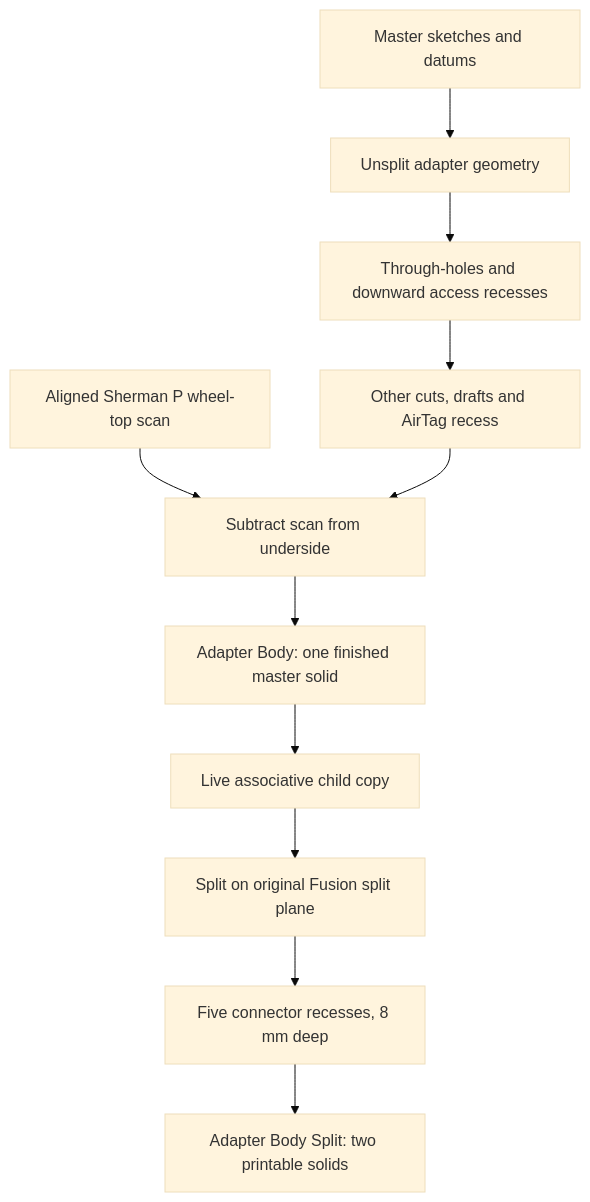
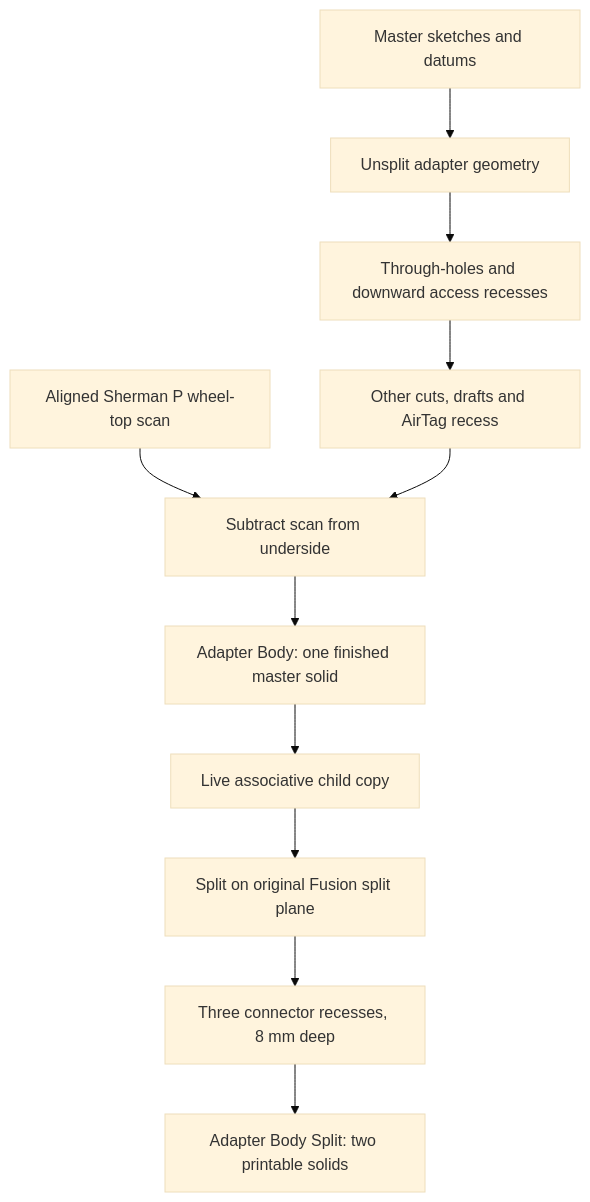
One commit to theosherman/SurronSeatAdapter changed the diagram in docs/CAD-REBUILD.md. Above: the diagram before and after it, drawn with Mermaid (base theme). The commit also changed other lines of this file and 8 other files, not shown here.

Commit message:
Keep three seam-aligned connector recesses

````diff
--- a/docs/CAD-REBUILD.md
+++ b/docs/CAD-REBUILD.md
@@ -15,13 +15,13 @@
 ```mermaid
 flowchart TD
   sketches[Master sketches and datums] --> master[Unsplit adapter geometry]
   master --> holes[Through-holes and downward access recesses]
   holes --> finished[Other cuts, drafts and AirTag recess]
   scan[Aligned Sherman P wheel-top scan] --> imprint[Subtract scan from underside]
   finished --> imprint
   imprint --> parent[Adapter Body: one finished master solid]
   parent --> derived[Live associative child copy]
   derived --> split[Split on original Fusion split plane]
-  split --> connectors[Five connector recesses, 8 mm deep]
+  split --> connectors[Three connector recesses, 8 mm deep]
   connectors --> child[Adapter Body Split: two printable solids]
 ```
````
